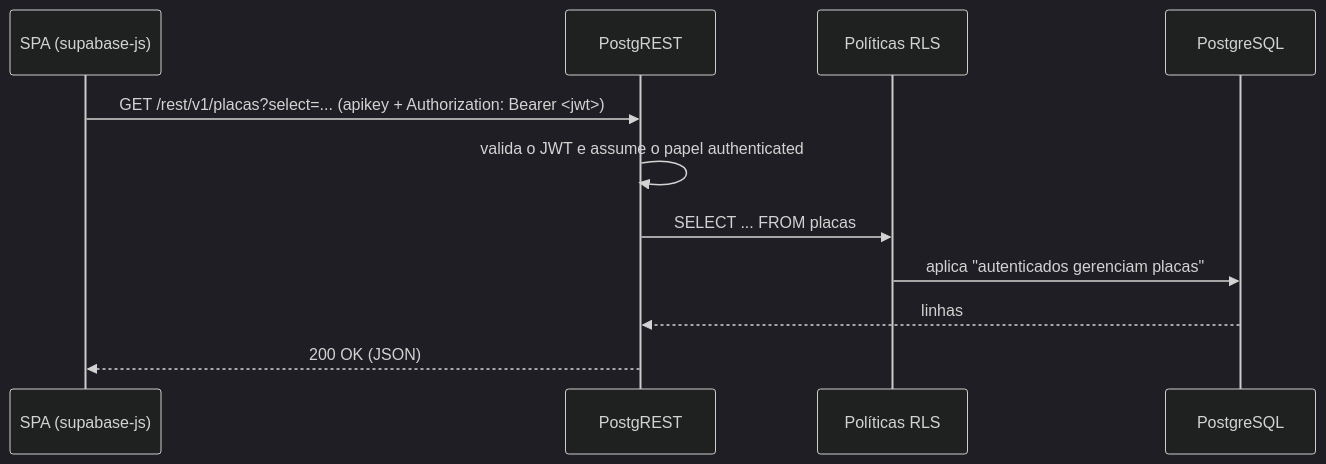
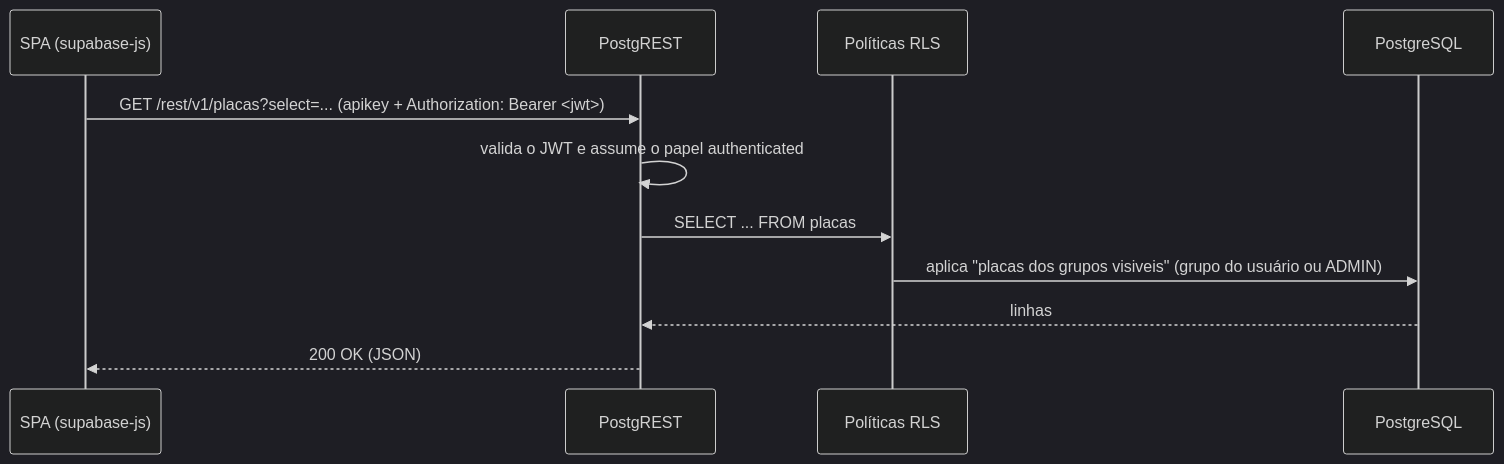
One commit to danieltanjos/SolarVision changed the third of 4 diagrams in docs/ARQUITETURA.md. Above: the diagram before and after it, drawn with Mermaid (dark theme). The commit also changed other lines of this file and 7 other files, not shown here.

````diff
--- a/docs/ARQUITETURA.md
+++ b/docs/ARQUITETURA.md
@@ -100,14 +103,14 @@
 ```mermaid
 sequenceDiagram
     participant C as SPA (supabase-js)
     participant R as PostgREST
     participant P as Políticas RLS
     participant DB as PostgreSQL
 
     C->>R: GET /rest/v1/placas?select=... (apikey + Authorization: Bearer <jwt>)
     R->>R: valida o JWT e assume o papel authenticated
     R->>P: SELECT ... FROM placas
-    P->>DB: aplica "autenticados gerenciam placas"
+    P->>DB: aplica "placas dos grupos visiveis" (grupo do usuário ou ADMIN)
     DB-->>R: linhas
     R-->>C: 200 OK (JSON)
 ```
````
